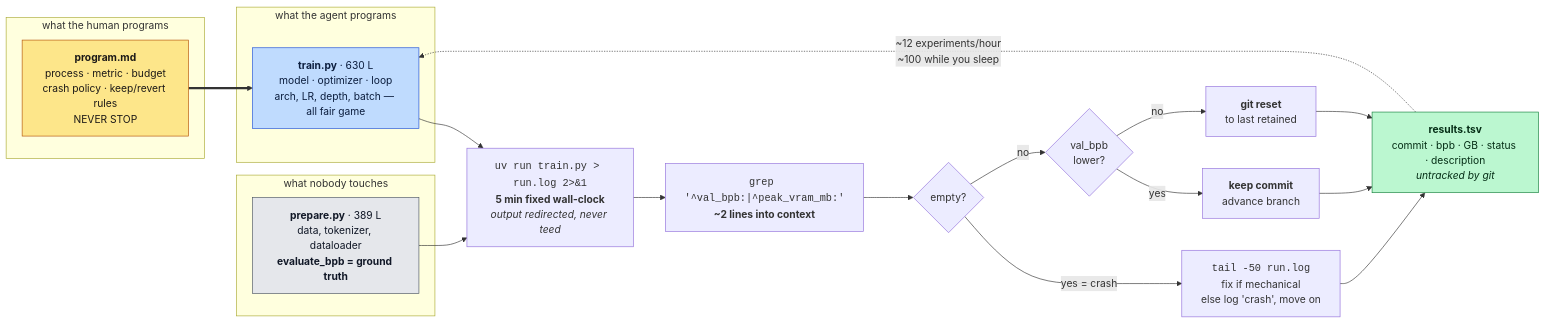
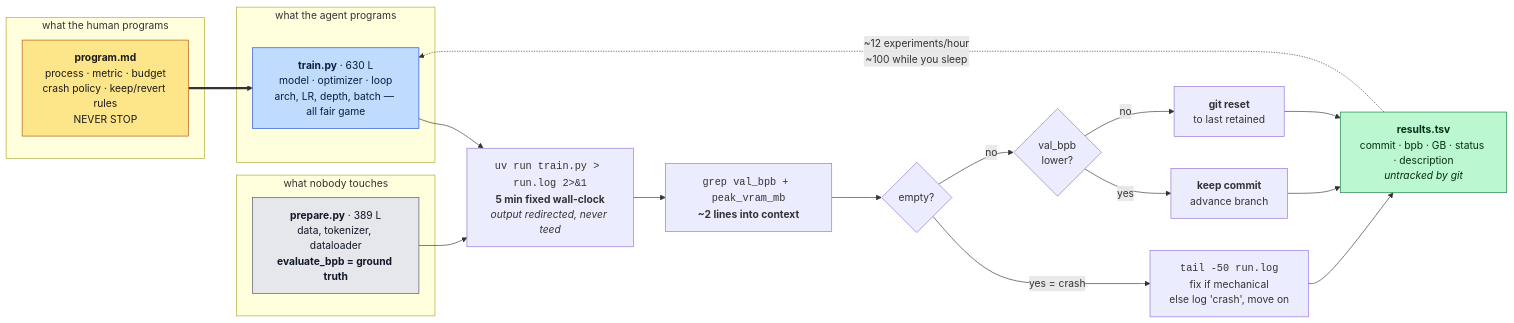
Before and after one commit to shaun-agent/graph-engineering-graph: the diagram in auto-research-map.md, drawn with Mermaid.

Commit message:
Escape pipe in mermaid node label
A raw | inside a quoted node label collides with mermaid's edge-label
syntax and can break the diagram parse on GitHub.

````diff
--- a/auto-research-map.md
+++ b/auto-research-map.md
@@ -9,37 +9,37 @@
 ```mermaid
 flowchart LR
     subgraph HUMAN["what the human programs"]
         PM["<b>program.md</b><br/>process · metric · budget<br/>crash policy · keep/revert rules<br/>NEVER STOP"]
     end
 
     subgraph LOCKED["what nobody touches"]
         PR["<b>prepare.py</b> · 389 L<br/>data, tokenizer, dataloader<br/><b>evaluate_bpb = ground truth</b>"]
     end
 
     subgraph AGENT["what the agent programs"]
         TR["<b>train.py</b> · 630 L<br/>model · optimizer · loop<br/>arch, LR, depth, batch — all fair game"]
     end
 
     PM ==> TR
     TR --> RUN["<code>uv run train.py > run.log 2>&1</code><br/><b>5 min fixed wall-clock</b><br/><i>output redirected, never teed</i>"]
     PR --> RUN
-    RUN --> GREP["<code>grep '^val_bpb:|^peak_vram_mb:'</code><br/><b>~2 lines into context</b>"]
+    RUN --> GREP["<code>grep val_bpb + peak_vram_mb</code><br/><b>~2 lines into context</b>"]
     GREP --> D{"empty?"}
     D -- "yes = crash" --> CR["<code>tail -50 run.log</code><br/>fix if mechanical<br/>else log 'crash', move on"]
     D -- "no" --> B{"val_bpb<br/>lower?"}
     B -- "yes" --> K["<b>keep commit</b><br/>advance branch"]
     B -- "no" --> R["<b>git reset</b><br/>to last retained"]
     CR --> TSV
     K --> TSV["<b>results.tsv</b><br/>commit · bpb · GB · status · description<br/><i>untracked by git</i>"]
     R --> TSV
     TSV -.->|"~12 experiments/hour<br/>~100 while you sleep"| TR
 
     classDef h fill:#fde68a,stroke:#b45309,color:#1c1917
     classDef l fill:#e5e7eb,stroke:#4b5563,color:#111827
     classDef a fill:#bfdbfe,stroke:#1d4ed8,color:#0c1e3e
     classDef m fill:#bbf7d0,stroke:#15803d,color:#052e16
     class PM h
     class PR l
     class TR a
     class TSV m
 ```
````
